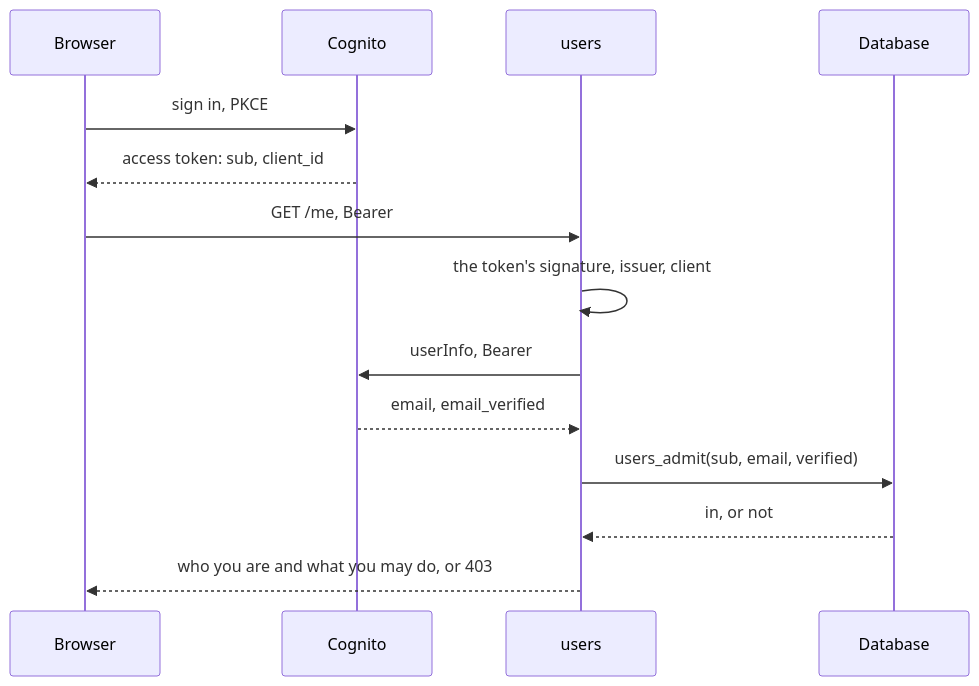
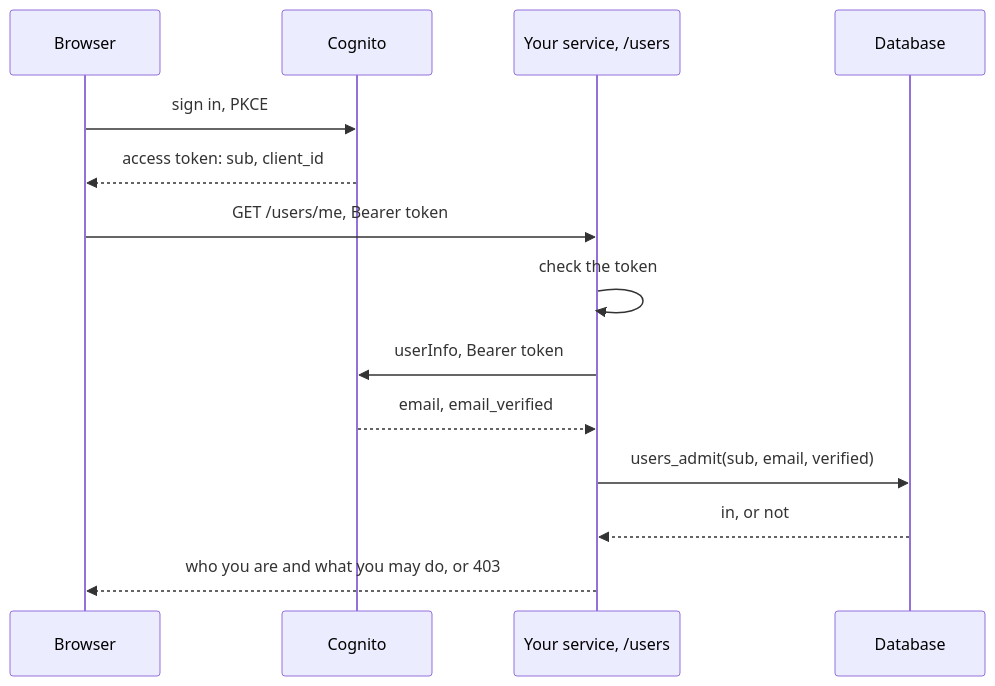
The diagram in docs/tutorials/1-authentication.md (tiet-ucs503/bug-bounty), drawn with Mermaid before and after one commit. The commit also changed other lines of this file and 1 other file, not shown here.

````diff
--- a/docs/tutorials/1-authentication.md
+++ b/docs/tutorials/1-authentication.md
@@ -52,22 +54,22 @@
 ``` mermaid
 ---
 config:
   themeVariables:
     edgeLabelBackground: "#d9eaf2"
   themeCSS: ".edgeLabel, .edgeLabel p, .labelBkg { background-color: #d9eaf2 !important; color: #5c7a8a !important; }"
 ---
 sequenceDiagram
   participant B as Browser
   participant C as Cognito
-  participant U as users
+  participant U as Your service, /users
   participant D as Database
   B->>C: sign in, PKCE
   C-->>B: access token: sub, client_id
-  B->>U: GET /me, Bearer
-  U->>U: the token's signature, issuer, client
-  U->>C: userInfo, Bearer
+  B->>U: GET /users/me, Bearer token
+  U->>U: check the token
+  U->>C: userInfo, Bearer token
   C-->>U: email, email_verified
   U->>D: users_admit(sub, email, verified)
   D-->>U: in, or not
   U-->>B: who you are and what you may do, or 403
 ```
````
